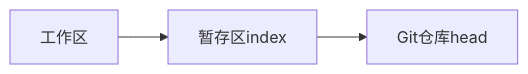
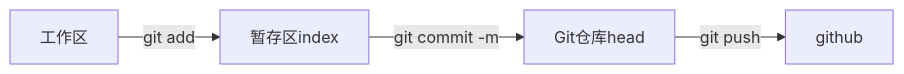
Before and after one commit to iBigBai/MyNote: the diagram in Github.md, drawn with Mermaid. The commit also changed other lines of this file and 2 other files, not shown here.

````diff
--- a/Github.md
+++ b/Github.md
@@ -30,5 +30,6 @@
 ``` mermaid
 graph LR
-A[工作区]-->B[暂存区index]
-B-->C[Git仓库head]
+A[工作区]-->|git add|B[暂存区index]
+B-->|git commit -m|C[Git仓库head]
+C-->|git push|D[github]
 ```
````
